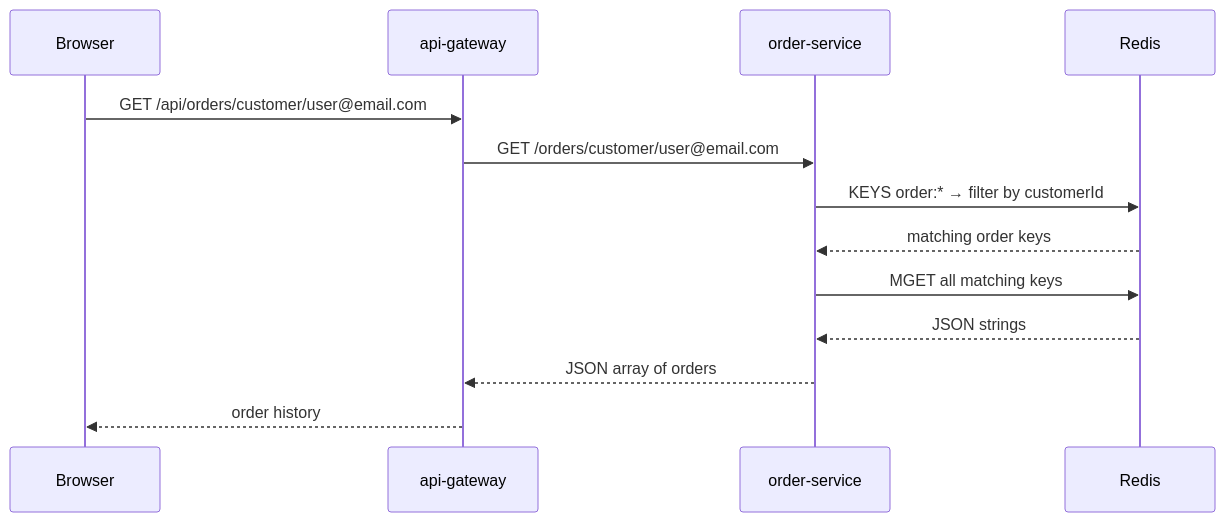
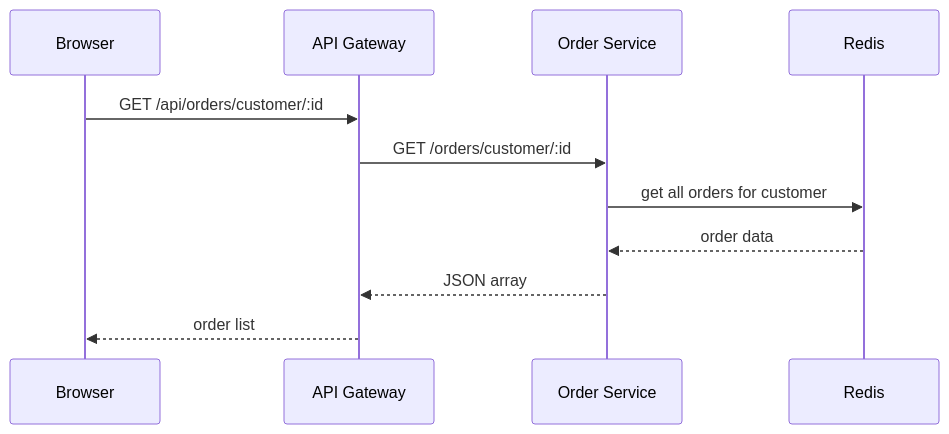
Before and after one commit to Nidhi-S12/cloudmart-services: the fourth of 5 diagrams in README.md, drawn with Mermaid. The commit also changed other lines of this file, not shown here.

Commit message:
docs: colored Mermaid diagrams, remove specific config values from diagrams

````diff
--- a/README.md
+++ b/README.md
@@ -104,16 +105,14 @@
 ```mermaid
 sequenceDiagram
     participant B as Browser
-    participant GW as api-gateway
-    participant OS as order-service
+    participant GW as API Gateway
+    participant OS as Order Service
     participant R as Redis
 
-    B->>GW: GET /api/orders/customer/user@email.com
-    GW->>OS: GET /orders/customer/user@email.com
-    OS->>R: KEYS order:* → filter by customerId
-    R-->>OS: matching order keys
-    OS->>R: MGET all matching keys
-    R-->>OS: JSON strings
-    OS-->>GW: JSON array of orders
-    GW-->>B: order history
+    B->>GW: GET /api/orders/customer/:id
+    GW->>OS: GET /orders/customer/:id
+    OS->>R: get all orders for customer
+    R-->>OS: order data
+    OS-->>GW: JSON array
+    GW-->>B: order list
 ```
````
